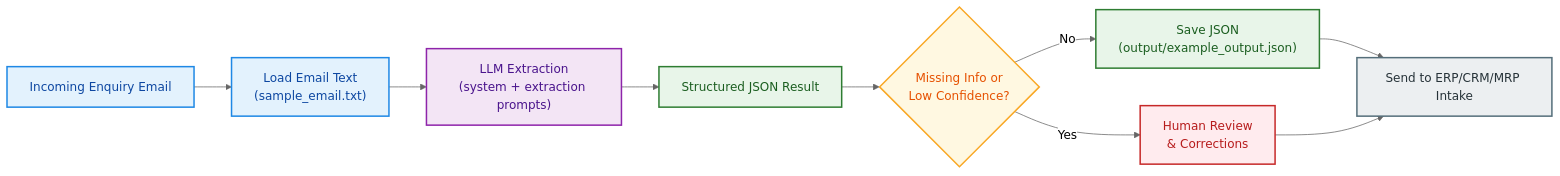
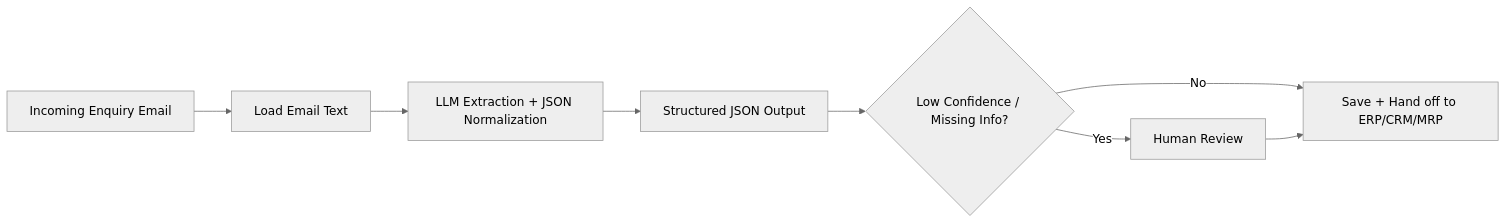
Before and after one commit to danialza/nsp-ai-enquiry-workflow: the diagram in README.md, drawn with Mermaid (neutral theme). The commit also changed other lines of this file and 14 other files, not shown here.

````diff
--- a/README.md
+++ b/README.md
@@ -20,25 +33,10 @@
 ```mermaid
 flowchart LR
-    A["Incoming Enquiry Email"] --> B["Load Email Text<br/>(sample_email.txt)"]
-    B --> C["LLM Extraction<br/>(system + extraction prompts)"]
-    C --> D["Structured JSON Result"]
-    D --> E{"Missing Info or<br/>Low Confidence?"}
-    E -- "No" --> F["Save JSON<br/>(output/example_output.json)"]
-    F --> G["Send to ERP/CRM/MRP Intake"]
-    E -- "Yes" --> H["Human Review<br/>& Corrections"]
-    H --> G
-
-    classDef intake fill:#E3F2FD,stroke:#1E88E5,color:#0D47A1,stroke-width:2px;
-    classDef ai fill:#F3E5F5,stroke:#8E24AA,color:#4A148C,stroke-width:2px;
-    classDef data fill:#E8F5E9,stroke:#2E7D32,color:#1B5E20,stroke-width:2px;
-    classDef decision fill:#FFF8E1,stroke:#F9A825,color:#E65100,stroke-width:2px;
-    classDef review fill:#FFEBEE,stroke:#C62828,color:#B71C1C,stroke-width:2px;
-    classDef integration fill:#ECEFF1,stroke:#546E7A,color:#263238,stroke-width:2px;
-
-    class A,B intake;
-    class C ai;
-    class D,F data;
-    class E decision;
-    class H review;
-    class G integration;
+    A["Incoming Enquiry Email"] --> B["Load Email Text"]
+    B --> C["LLM Extraction + JSON Normalization"]
+    C --> D["Structured JSON Output"]
+    D --> E{"Low Confidence / Missing Info?"}
+    E -- "No" --> F["Save + Hand off to ERP/CRM/MRP"]
+    E -- "Yes" --> G["Human Review"]
+    G --> F
 ```
````
